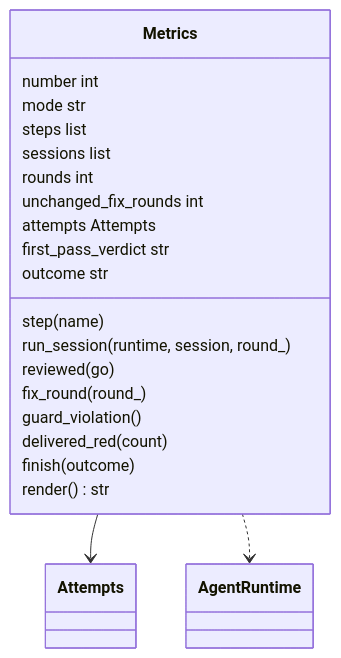
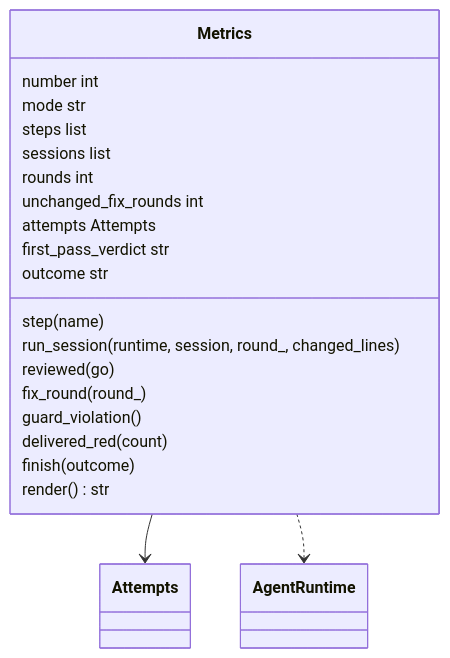
One commit to plaplanche/ariane changed the second of 3 diagrams in docs/architecture/modules/metrics.md. Above: the diagram before and after it, drawn with Mermaid. The commit also changed other lines of this file and 18 other files, not shown here.

````diff
--- a/docs/architecture/modules/metrics.md
+++ b/docs/architecture/modules/metrics.md
@@ -36,24 +36,24 @@
 ```mermaid
 classDiagram
 class Metrics {
   number int
   mode str
   steps list
   sessions list
   rounds int
   unchanged_fix_rounds int
   attempts Attempts
   first_pass_verdict str
   outcome str
   step(name)
-  run_session(runtime, session, round_)
+  run_session(runtime, session, round_, changed_lines)
   reviewed(go)
   fix_round(round_)
   guard_violation()
   delivered_red(count)
   finish(outcome)
   render() str
 }
 Metrics --> Attempts
 Metrics ..> AgentRuntime
 ```
````
